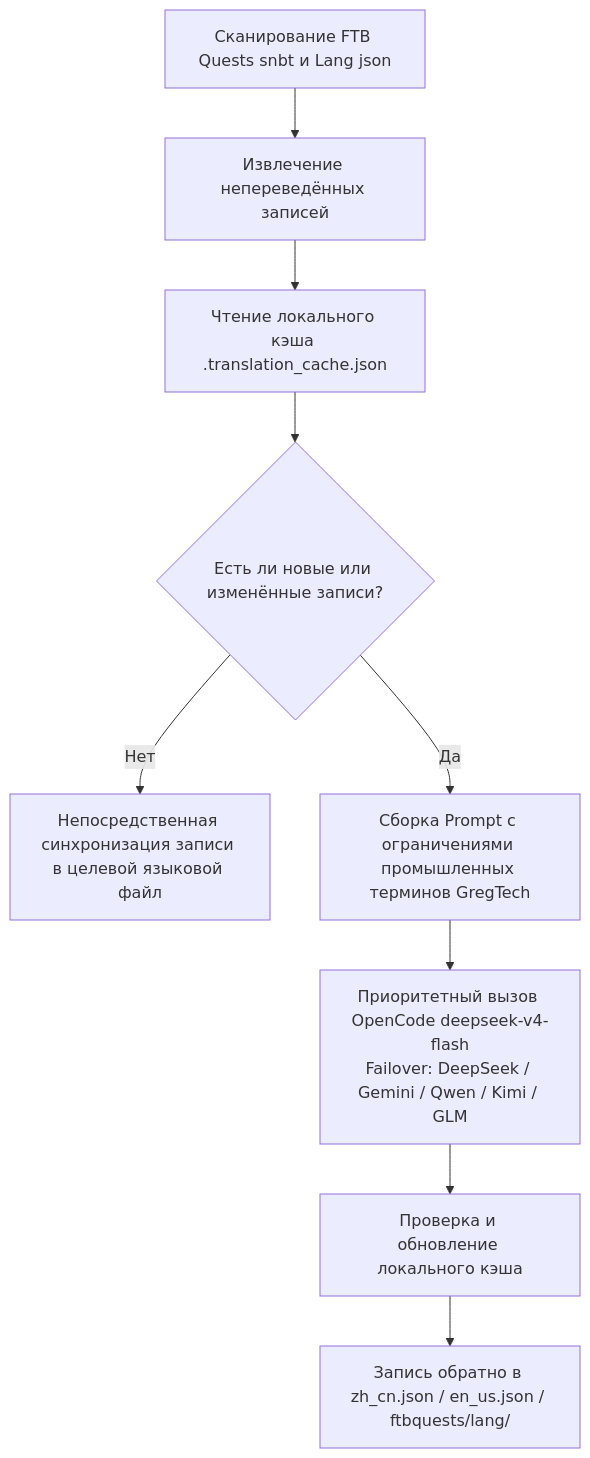
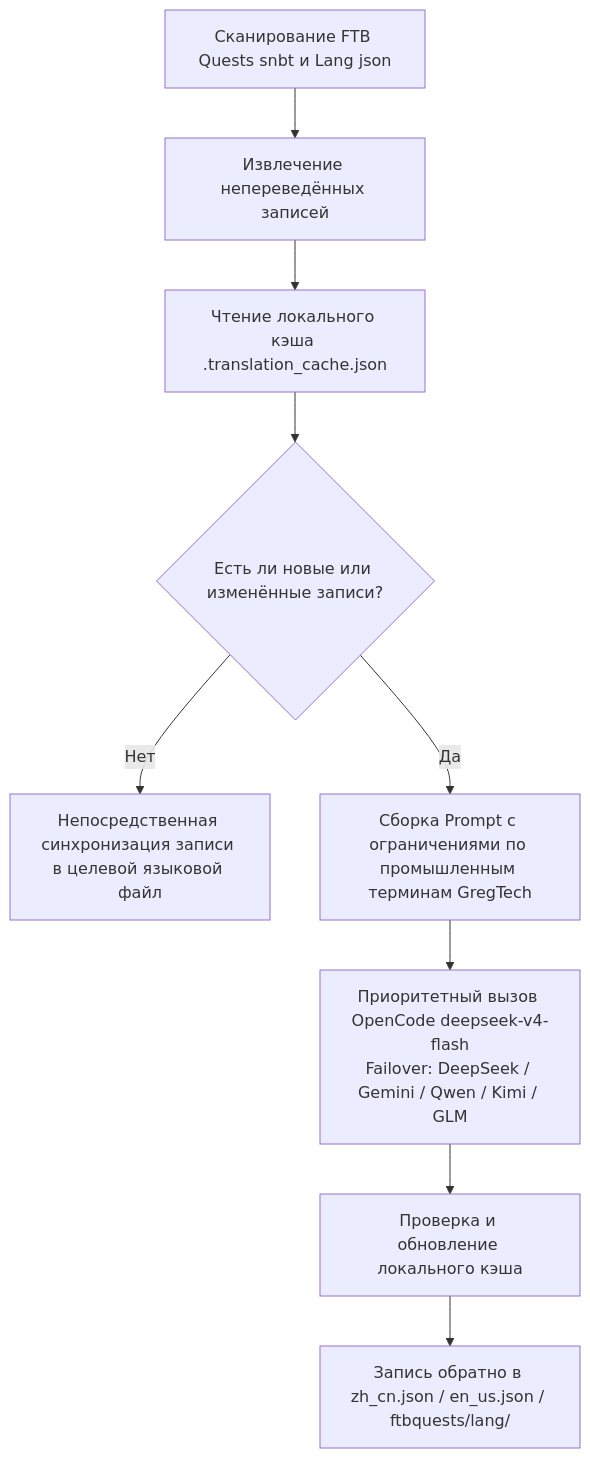
One commit to takanashisatou/GregtechEasy changed the diagram in docs/ru/ci-cd-and-translation/ai-translation.md. Above: the diagram before and after it, drawn with Mermaid. The commit also changed other lines of this file and 138 other files, not shown here.

````diff
--- a/docs/ru/ci-cd-and-translation/ai-translation.md
+++ b/docs/ru/ci-cd-and-translation/ai-translation.md
@@ -27,11 +27,11 @@
 ```mermaid
 graph TD
     A[Сканирование FTB Quests snbt и Lang json] --> B[Извлечение непереведённых записей]
     B --> C[Чтение локального кэша .translation_cache.json]
     C --> D{Есть ли новые или изменённые записи?}
     D -- Нет --> E[Непосредственная синхронизация записи в целевой языковой файл]
-    D -- Да --> F[Сборка Prompt с ограничениями промышленных терминов GregTech]
+    D -- Да --> F[Сборка Prompt с ограничениями по промышленным терминам GregTech]
     F --> G["Приоритетный вызов OpenCode deepseek-v4-flash<br/>Failover: DeepSeek / Gemini / Qwen / Kimi / GLM"]
     G --> H[Проверка и обновление локального кэша]
     H --> I[Запись обратно в zh_cn.json / en_us.json / ftbquests/lang/]
 ```
````
